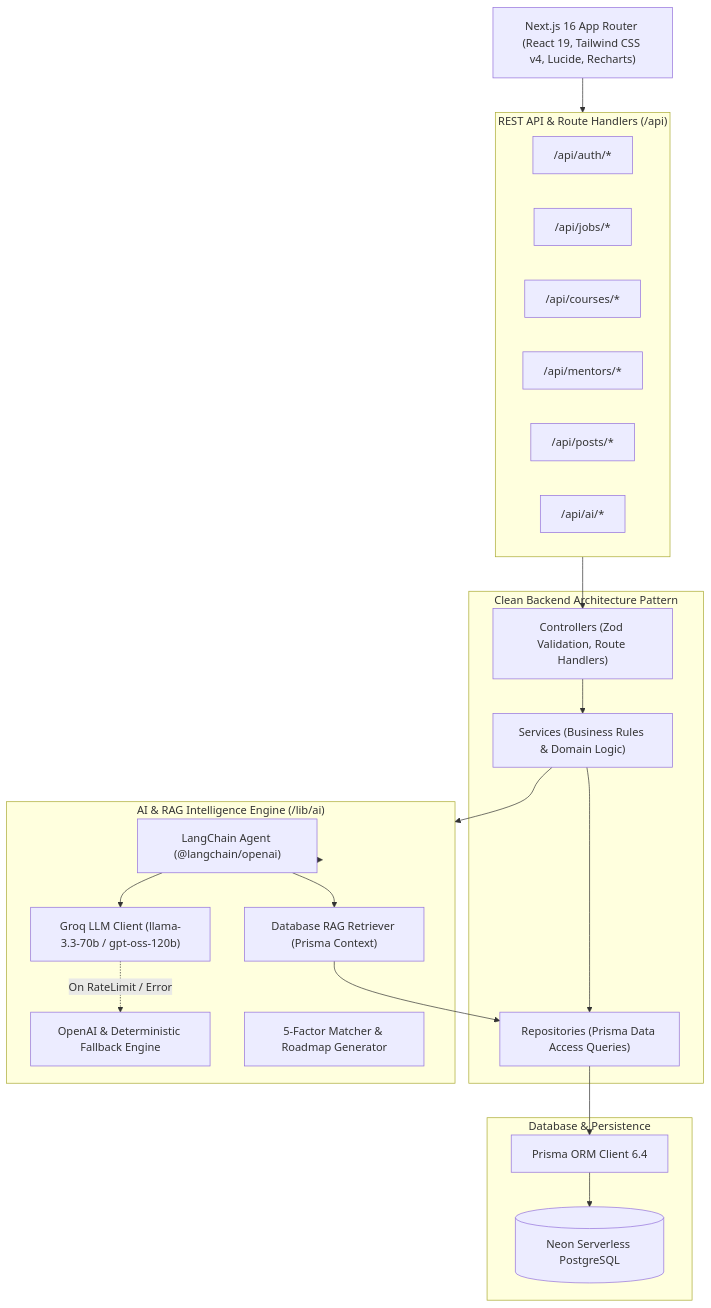
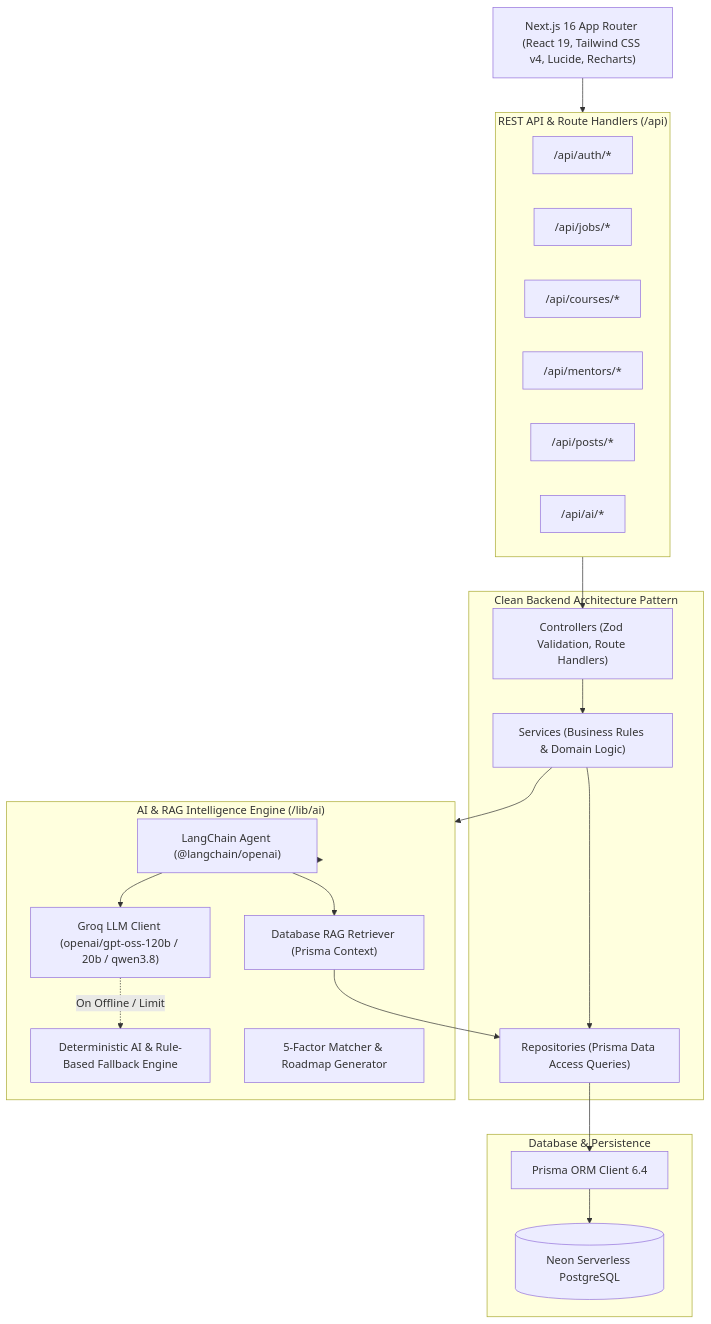
Before and after one commit to tharuntej123/growearn: the diagram in README.md, drawn with Mermaid. The commit also changed other lines of this file, not shown here.

Commit message:
docs: sync README with cleaned environment variables and streamlined Groq AI stack

````diff
--- a/README.md
+++ b/README.md
@@ -83,45 +83,45 @@
 ```mermaid
 graph TD
     Client["Next.js 16 App Router (React 19, Tailwind CSS v4, Lucide, Recharts)"]
 
     subgraph API_Layer ["REST API & Route Handlers (/api)"]
         AuthAPI["/api/auth/*"]
         JobAPI["/api/jobs/*"]
         CourseAPI["/api/courses/*"]
         MentorAPI["/api/mentors/*"]
         PostAPI["/api/posts/*"]
         AIAPI["/api/ai/*"]
     end
 
     subgraph Core_Backend ["Clean Backend Architecture Pattern"]
         Controllers["Controllers (Zod Validation, Route Handlers)"]
         Services["Services (Business Rules & Domain Logic)"]
         Repositories["Repositories (Prisma Data Access Queries)"]
     end
 
     subgraph AI_Subsystem ["AI & RAG Intelligence Engine (/lib/ai)"]
         LangChainAgent["LangChain Agent (@langchain/openai)"]
         RAGRetriever["Database RAG Retriever (Prisma Context)"]
-        GroqClient["Groq LLM Client (llama-3.3-70b / gpt-oss-120b)"]
-        AIFallback["OpenAI & Deterministic Fallback Engine"]
+        GroqClient["Groq LLM Client (openai/gpt-oss-120b / 20b / qwen3.8)"]
+        DeterministicFallback["Deterministic AI & Rule-Based Fallback Engine"]
         HybridMatcher["5-Factor Matcher & Roadmap Generator"]
     end
 
     subgraph Database_Layer ["Database & Persistence"]
         PrismaClient["Prisma ORM Client 6.4"]
         PostgresDB[("Neon Serverless PostgreSQL")]
     end
 
     Client --> API_Layer
     API_Layer --> Controllers
     Controllers --> Services
     Services --> Repositories
     Services --> AI_Subsystem
     AI_Subsystem --> LangChainAgent
     LangChainAgent --> RAGRetriever
     LangChainAgent --> GroqClient
-    GroqClient -.->|On RateLimit / Error| AIFallback
+    GroqClient -.->|On Offline / Limit| DeterministicFallback
     RAGRetriever --> Repositories
     Repositories --> PrismaClient
     PrismaClient --> PostgresDB
 ```
````
